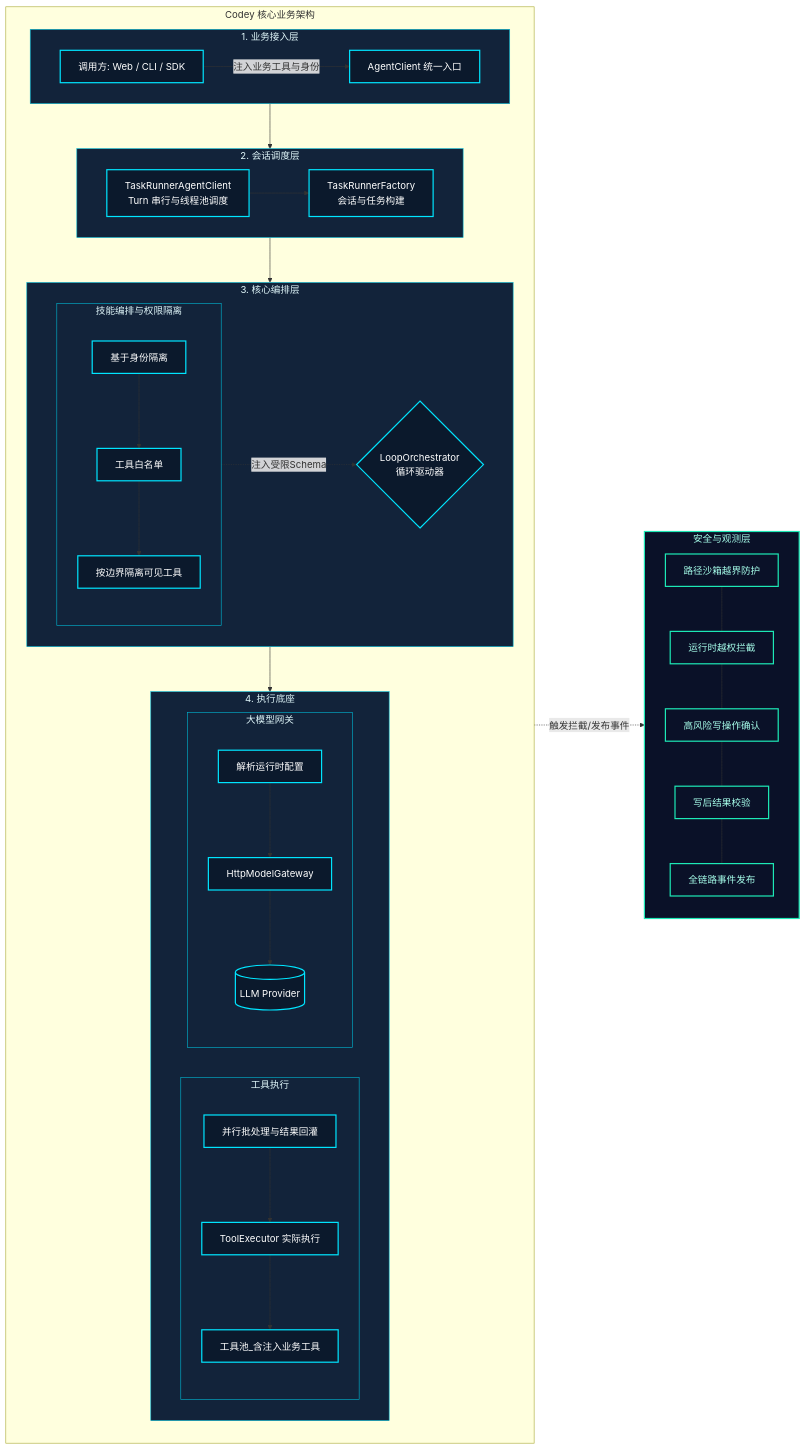
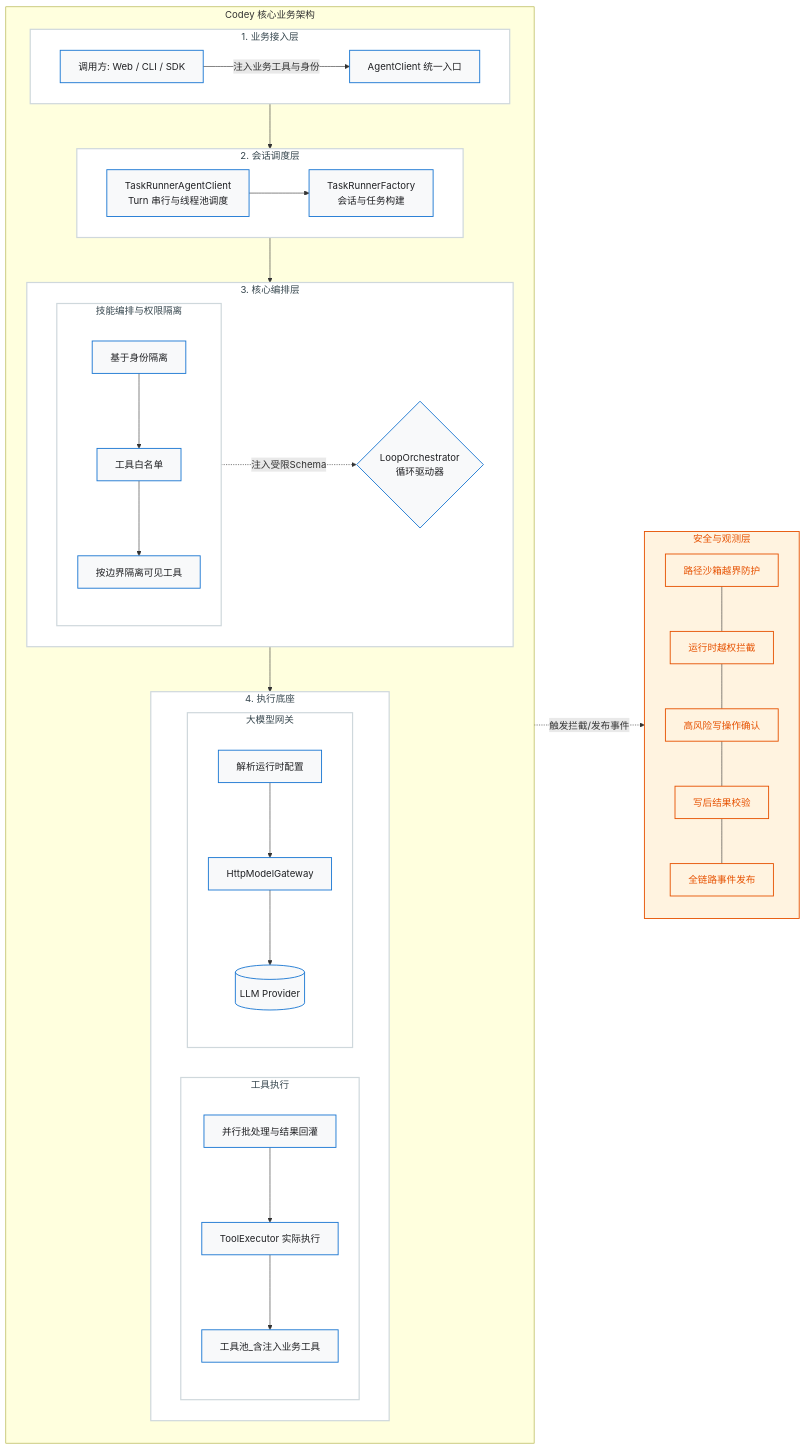
The diagram in docs/business-architecture.md (cdy-codey/codey), drawn with Mermaid before and after one commit. The commit also changed 1 other file, not shown here.

Commit message:
feat: 添加chat-workspace业务图和技术架构图

```diff
--- a/docs/business-architecture.md
+++ b/docs/business-architecture.md
@@ -91,10 +91,10 @@
     %% 侧边栏与主体层的横向关联（体现安全机制对各层的拦截与观测）
     S_Main -.->|触发拦截/发布事件| S_Security
 
-    %% 主题配色（采用暗黑赛博风，青色/蓝绿点缀，模仿参考图）
-    classDef default fill:#0b192c,stroke:#00e5ff,stroke-width:2px,color:#ffffff
-    classDef security fill:#0a1128,stroke:#1de9b6,stroke-width:2px,color:#a7ffeb
-    classDef layer fill:#12233a,stroke:#00b8d4,stroke-width:1px,color:#e0f7fa
+    %% 主题配色（适配白色背景文档站点）
+    classDef default fill:#f8f9fa,stroke:#1976d2,stroke-width:1.5px,color:#202124
+    classDef security fill:#fff3e0,stroke:#e65100,stroke-width:1.5px,color:#e65100
+    classDef layer fill:#ffffff,stroke:#cfd8dc,stroke-width:2px,color:#37474f
     
     class S_Security,WPS,TAC,HCS,VF,SEP security
     class L1,L2,L3,L4,L4_Tool,L4_Model,L3_Skill layer
```
